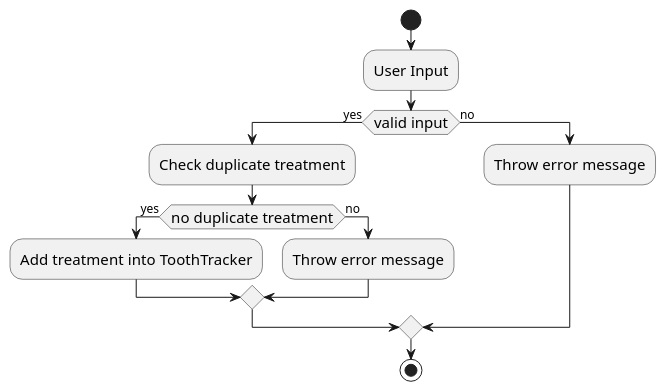
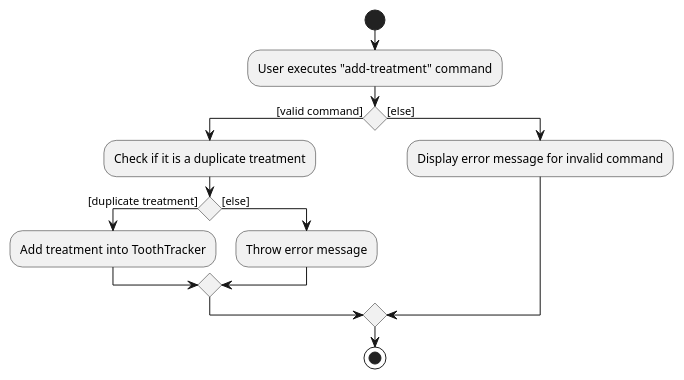
One commit to techjay-c/tp changed the diagram in docs/diagrams/AddTreatmentActivityDiagram.puml. Above: the diagram before and after it, drawn with PlantUML. The commit also changed 2 other files, not shown here.

Commit message:
Update some diagrams in DG

```diff
--- a/docs/diagrams/AddTreatmentActivityDiagram.puml
+++ b/docs/diagrams/AddTreatmentActivityDiagram.puml
@@ -1,17 +1,16 @@
 @startuml
-skinparam ActivityFontSize 15
-skinparam ArrowFontSize 12
 start
-:User Input;
-if (valid input) then (yes)
-  :Check duplicate treatment;
-  if (no duplicate treatment) then (yes)
+:User executes "add-treatment" command;
+
+if () then ([valid command])
+  :Check if it is a duplicate treatment;
+  if () then ([duplicate treatment])
     :Add treatment into ToothTracker;
-  else (no)
+  else ([else])
     :Throw error message;
   endif
-else (no)
-  :Throw error message;
+else ([else])
+  :Display error message for invalid command;
 endif
 stop
 @enduml
```
